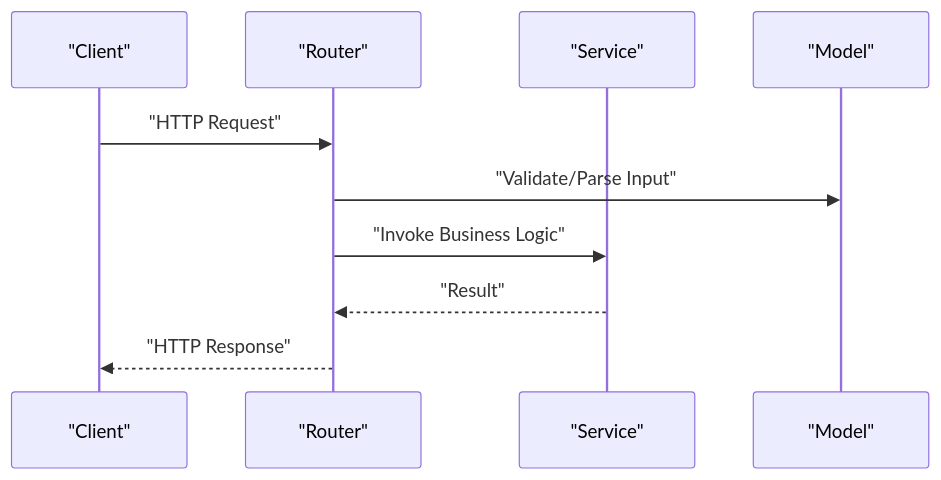
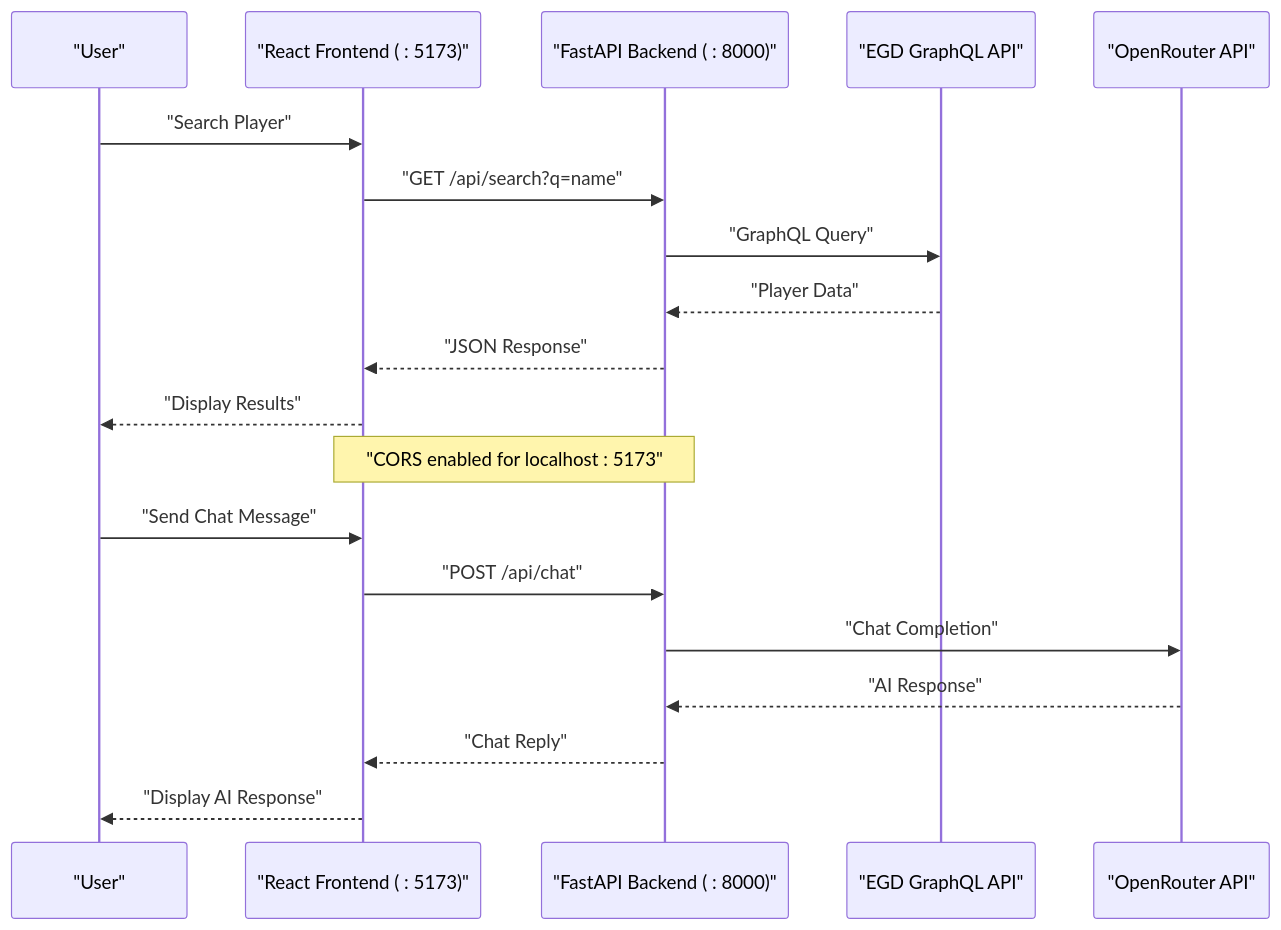
Before and after one commit to Ragnar1999/GoNow: the second of 3 diagrams in .qoder/repowiki/en/content/Getting Started.md, drawn with Mermaid. The commit also changed other lines of this file and 6 other files, not shown here.

````diff
--- a/.qoder/repowiki/en/content/Getting Started.md
+++ b/.qoder/repowiki/en/content/Getting Started.md
@@ -65,12 +114,21 @@
 ```mermaid
 sequenceDiagram
-participant Client as "Client"
-participant Router as "Router"
-participant Service as "Service"
-participant Model as "Model"
-Client->>Router : "HTTP Request"
-Router->>Model : "Validate/Parse Input"
-Router->>Service : "Invoke Business Logic"
-Service-->>Router : "Result"
-Router-->>Client : "HTTP Response"
+participant User as "User"
+participant Frontend as "React Frontend ( : 5173)"
+participant Backend as "FastAPI Backend ( : 8000)"
+participant EGD as "EGD GraphQL API"
+participant OpenRouter as "OpenRouter API"
+User->>Frontend : "Search Player"
+Frontend->>Backend : "GET /api/search?q=name"
+Backend->>EGD : "GraphQL Query"
+EGD-->>Backend : "Player Data"
+Backend-->>Frontend : "JSON Response"
+Frontend-->>User : "Display Results"
+Note over Frontend,Backend : "CORS enabled for localhost : 5173"
+User->>Frontend : "Send Chat Message"
+Frontend->>Backend : "POST /api/chat"
+Backend->>OpenRouter : "Chat Completion"
+OpenRouter-->>Backend : "AI Response"
+Backend-->>Frontend : "Chat Reply"
+Frontend-->>User : "Display AI Response"
 ```
````
